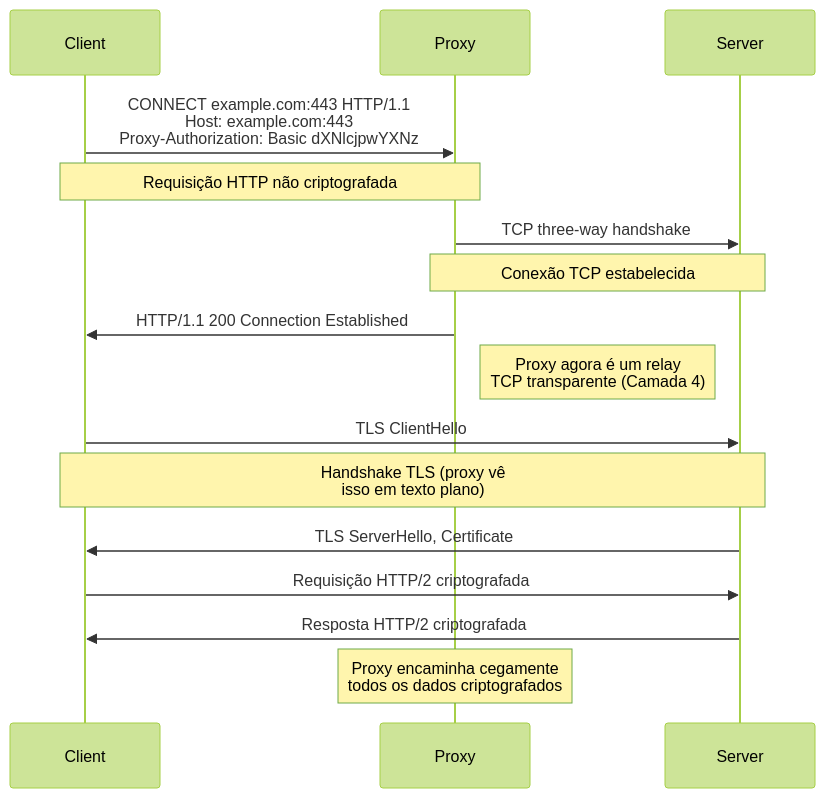
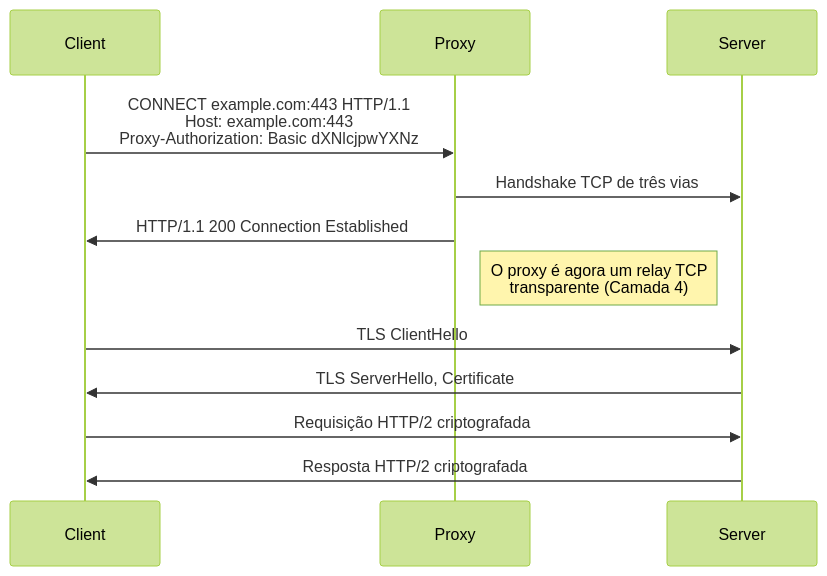
The second of 2 diagrams in docs/pt/deep-dive/network/http-proxies.md (autoscrape-labs/pydoll), drawn with Mermaid (forest theme) before and after one commit. The commit also changed other lines of this file and 241 other files, not shown here.

````diff
--- a/docs/pt/deep-dive/network/http-proxies.md
+++ b/docs/pt/deep-dive/network/http-proxies.md
@@ -70,25 +58,15 @@
 ```mermaid
 sequenceDiagram
     participant Client
     participant Proxy
     participant Server
 
     Client->>Proxy: CONNECT example.com:443 HTTP/1.1<br/>Host: example.com:443<br/>Proxy-Authorization: Basic dXNlcjpwYXNz
-    Note over Client,Proxy: Requisição HTTP não criptografada
-
-    Proxy->>Server: TCP three-way handshake
-    Note over Proxy,Server: Conexão TCP estabelecida
-
+    Proxy->>Server: Handshake TCP de três vias
     Proxy->>Client: HTTP/1.1 200 Connection Established
-
-    Note right of Proxy: Proxy agora é um relay<br/>TCP transparente (Camada 4)
-
+    Note right of Proxy: O proxy é agora um relay TCP<br/>transparente (Camada 4)
     Client->>Server: TLS ClientHello
-    Note over Client,Server: Handshake TLS (proxy vê<br/>isso em texto plano)
     Server->>Client: TLS ServerHello, Certificate
-
     Client->>Server: Requisição HTTP/2 criptografada
     Server->>Client: Resposta HTTP/2 criptografada
-
-    Note over Proxy: Proxy encaminha cegamente<br/>todos os dados criptografados
 ```
````
